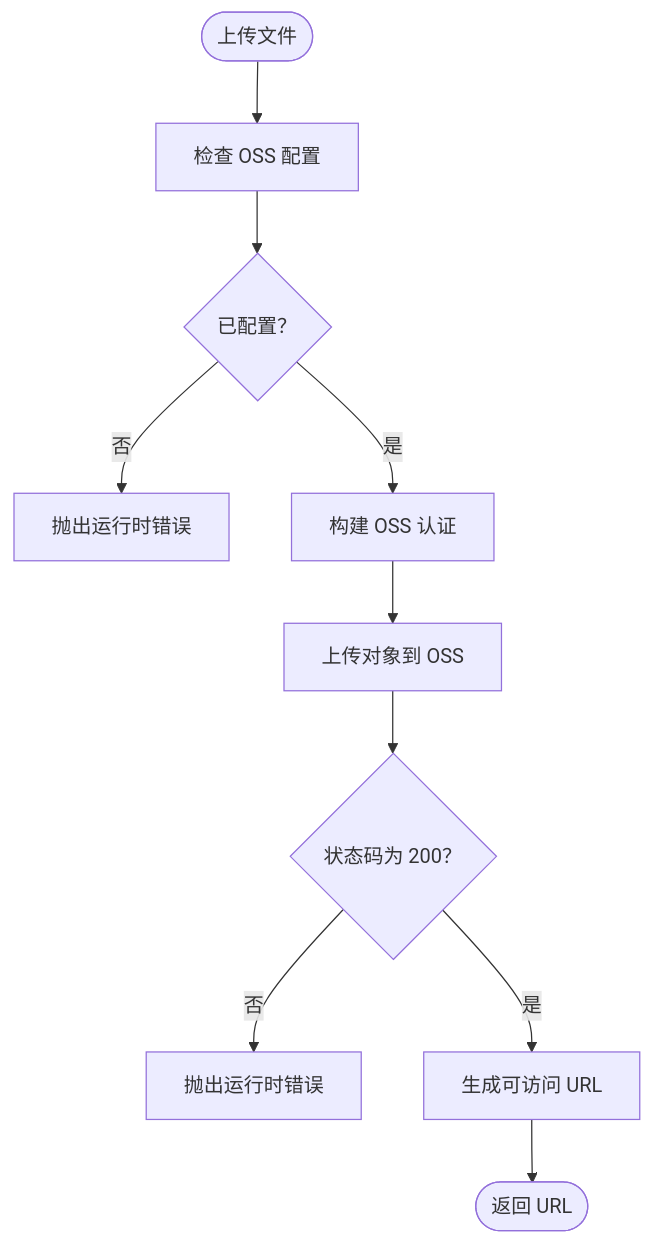
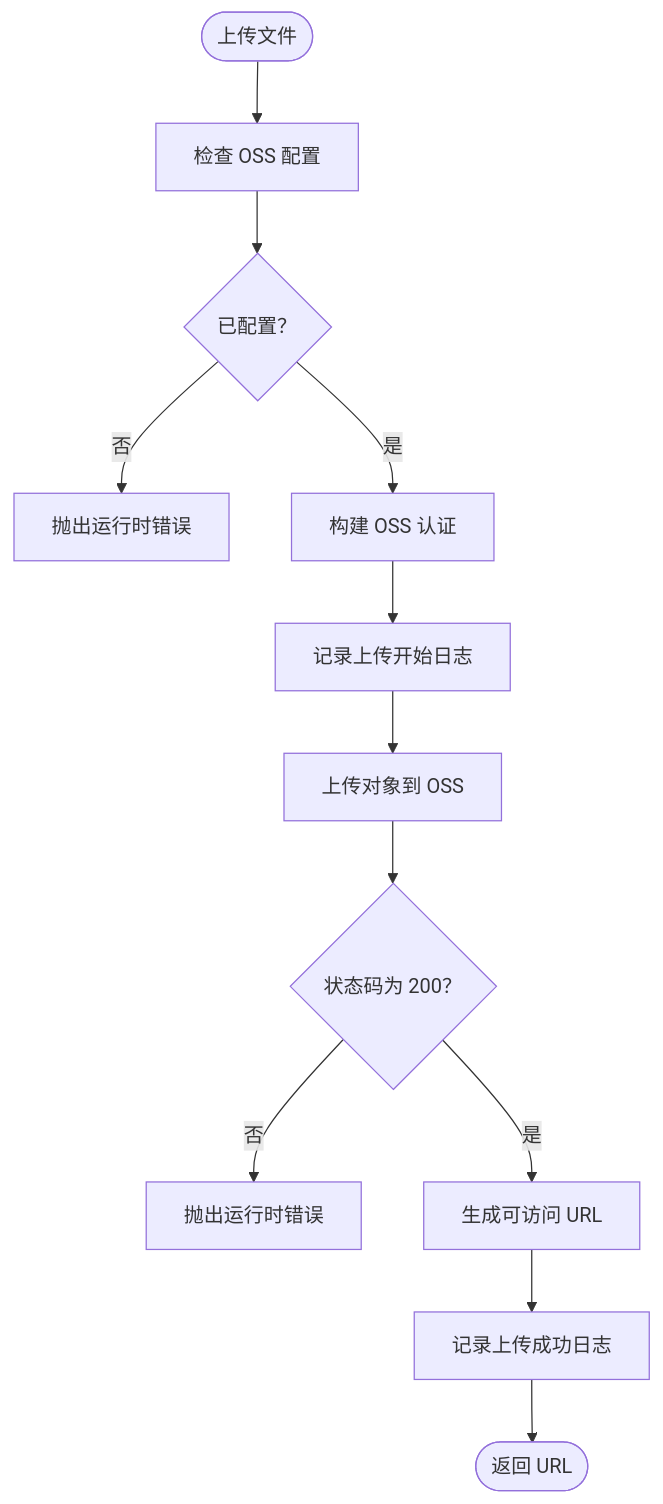
One commit to hbxfhrg/deer-flow changed the fifth of 6 diagrams in .qoder/repowiki/zh/content/架构设计/核心组件详解/网关 API/语音转文字路由器.md. Above: the diagram before and after it, drawn with Mermaid. The commit also changed other lines of this file and 18 other files, not shown here.

````diff
--- a/.qoder/repowiki/zh/content/架构设计/核心组件详解/网关 API/语音转文字路由器.md
+++ b/.qoder/repowiki/zh/content/架构设计/核心组件详解/网关 API/语音转文字路由器.md
@@ -204,12 +224,14 @@
 ```mermaid
 flowchart TD
 Start(["上传文件"]) --> CheckOSS["检查 OSS 配置"]
 CheckOSS --> OSSOK{"已配置？"}
 OSSOK --> |否| ErrOSS["抛出运行时错误"]
 OSSOK --> |是| BuildAuth["构建 OSS 认证"]
-BuildAuth --> PutObj["上传对象到 OSS"]
+BuildAuth --> LogUpload["记录上传开始日志"]
+LogUpload --> PutObj["上传对象到 OSS"]
 PutObj --> StatusOK{"状态码为 200？"}
 StatusOK --> |否| ErrPut["抛出运行时错误"]
 StatusOK --> |是| GenURL["生成可访问 URL"]
-GenURL --> End(["返回 URL"])
+GenURL --> LogSuccess["记录上传成功日志"]
+LogSuccess --> End(["返回 URL"])
 ```
````
